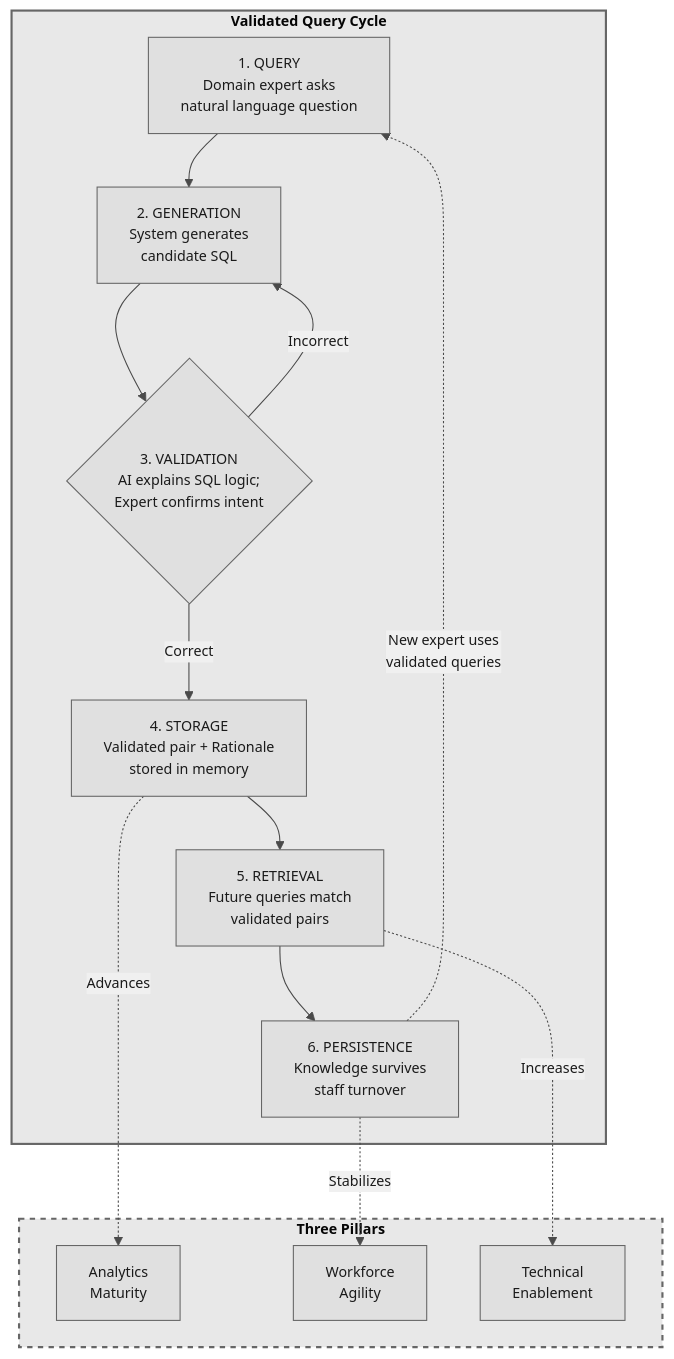
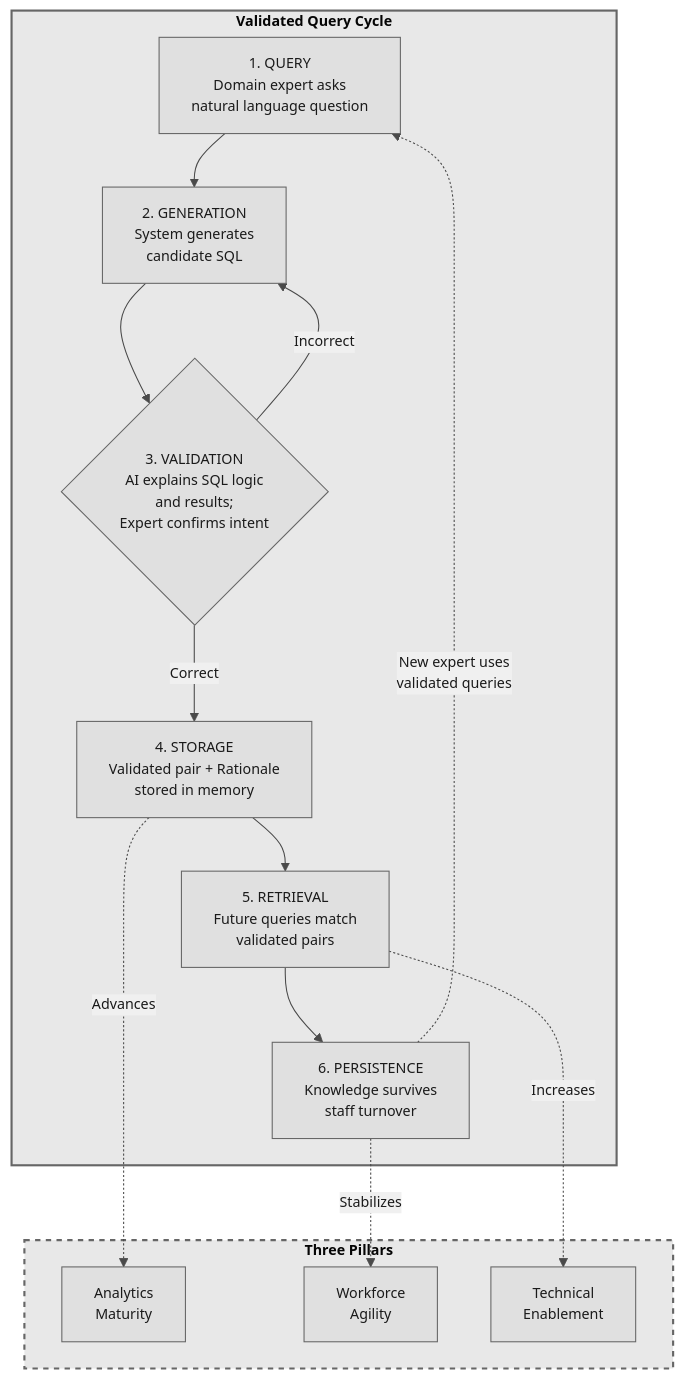
One commit to stharrold/yuimedi-paper-20250901 changed the diagram in figures/knowledge-cycle.mmd. Above: the diagram before and after it, drawn with Mermaid. The commit also changed 5 other files, not shown here.

Commit message:
docs: update validation step description in Figure 2 and paper.md

```diff
--- a/figures/knowledge-cycle.mmd
+++ b/figures/knowledge-cycle.mmd
@@ -1,39 +1,39 @@
 %%{init: {'theme': 'base', 'flowchart': {'useMaxWidth': false, 'markdownAutoWrap': false}, 'themeVariables': { 'primaryColor': '#e0e0e0', 'primaryTextColor': '#1a1a1a', 'primaryBorderColor': '#666', 'lineColor': '#4a4a4a', 'secondaryColor': '#f0f0f0', 'tertiaryColor': '#fafafa', 'fontFamily': 'Arial, sans-serif', 'fontSize': '10pt'}}}%%
 flowchart TB
     %% Validated Query Cycle - Knowledge Preservation Mechanism
     %% Shows how validated NL+SQL pairs break the three-pillar compounding cycle
 
     subgraph CYCLE["<b>Validated Query Cycle</b>"]
         Q["1. QUERY<br/>Domain expert asks<br/>natural language question"]
         G["2. GENERATION<br/>System generates<br/>candidate SQL"]
-        V{"3. VALIDATION<br/>AI explains SQL logic;<br/>Expert confirms intent"}
+        V{"3. VALIDATION<br/>AI explains SQL logic<br/>and results;<br/>Expert confirms intent"}
         S["4. STORAGE<br/>Validated pair + Rationale<br/>stored in memory"]
         R["5. RETRIEVAL<br/>Future queries match<br/>validated pairs"]
         P["6. PERSISTENCE<br/>Knowledge survives<br/>staff turnover"]
     end
 
     subgraph PILLARS["<b>Three Pillars</b>"]
         M["Analytics<br/>Maturity"]
         T["Workforce<br/>Agility"]
         B["Technical<br/>Enablement"]
     end
 
     %% Main cycle flow (left to right)
     Q --> G
     G --> V
     V -->|"Correct"| S
     V -->|"Incorrect"| G
     S --> R
     R --> P
     P -.->|"New expert uses<br/>validated queries"| Q
 
     %% How cycle advances each pillar (vertical connections)
     S -.->|"Advances"| M
     P -.->|"Stabilizes"| T
     R -.->|"Increases"| B
 
     %% Styling - Grayscale
     classDef group fill:#e8e8e8,stroke:#666,stroke-width:2px
     classDef dashedGroup fill:#e8e8e8,stroke:#666,stroke-width:2px,stroke-dasharray:5 5
     class CYCLE group
     class PILLARS dashedGroup
```
